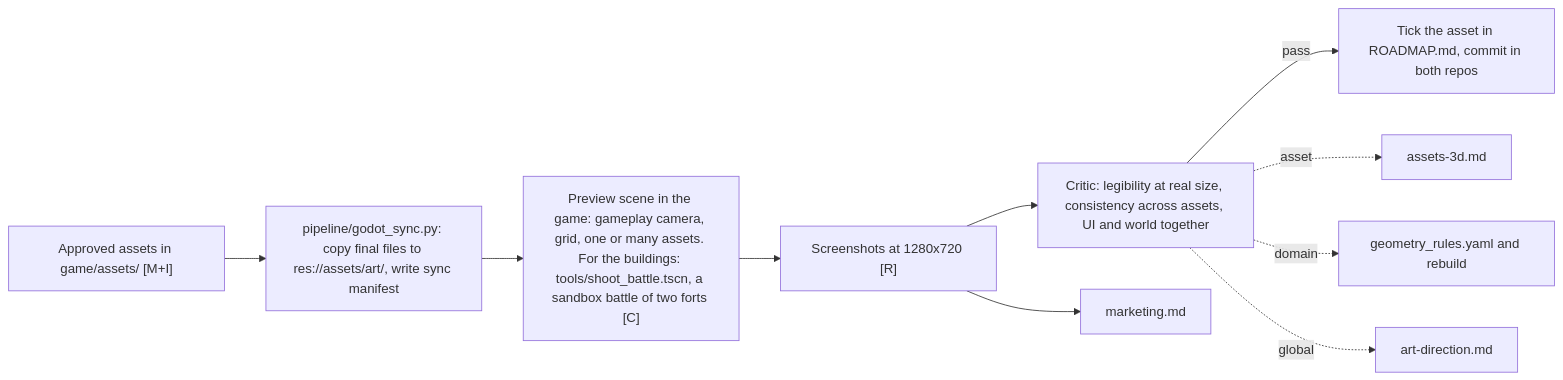
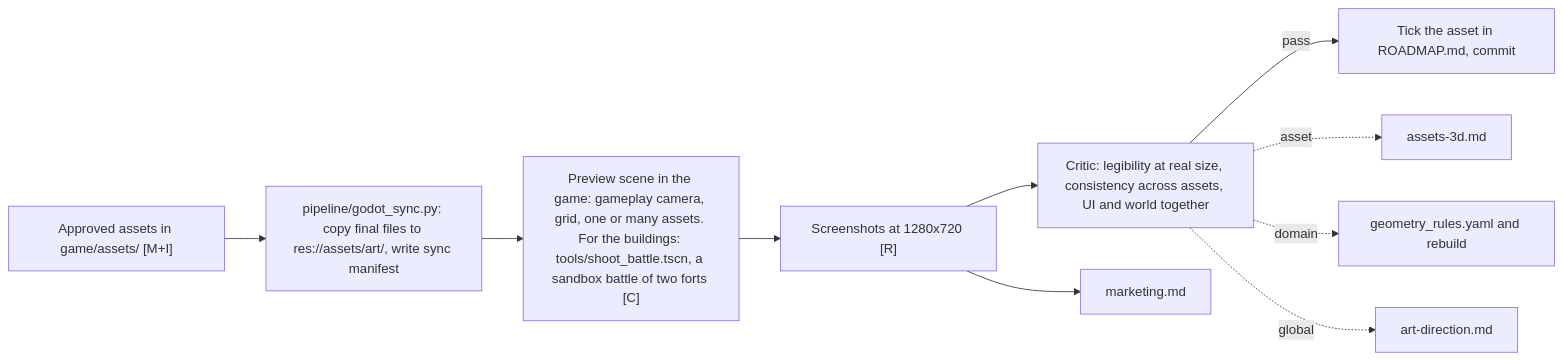
Before and after one commit to sebastianrueckerai/cannonade: the diagram in art/docs/process/integration.md, drawn with Mermaid. The commit also changed 8 other files, not shown here.

First line of the commit message:
One roadmap: the art kit's roadmap merged into ROADMAP.md (D63)

````diff
--- a/art/docs/process/integration.md
+++ b/art/docs/process/integration.md
@@ -5,12 +5,12 @@
 ```mermaid
 flowchart LR
     LIB["Approved assets in game/assets/ [M+I]"] --> SYNC["pipeline/godot_sync.py: copy final files to res://assets/art/, write sync manifest"]
     SYNC --> PREV["Preview scene in the game: gameplay camera, grid, one or many assets. For the buildings: tools/shoot_battle.tscn, a sandbox battle of two forts [C]"]
     PREV --> SHOT["Screenshots at 1280x720 [R]"]
     SHOT --> CRIT["Critic: legibility at real size, consistency across assets, UI and world together"]
-    CRIT -->|pass| DONE["Tick the asset in ROADMAP.md, commit in both repos"]
+    CRIT -->|pass| DONE["Tick the asset in ROADMAP.md, commit"]
     CRIT -. asset .-> A["assets-3d.md"]
     CRIT -. domain .-> R["geometry_rules.yaml and rebuild"]
     CRIT -. global .-> K["art-direction.md"]
     SHOT --> MKT["marketing.md"]
 ```
````
